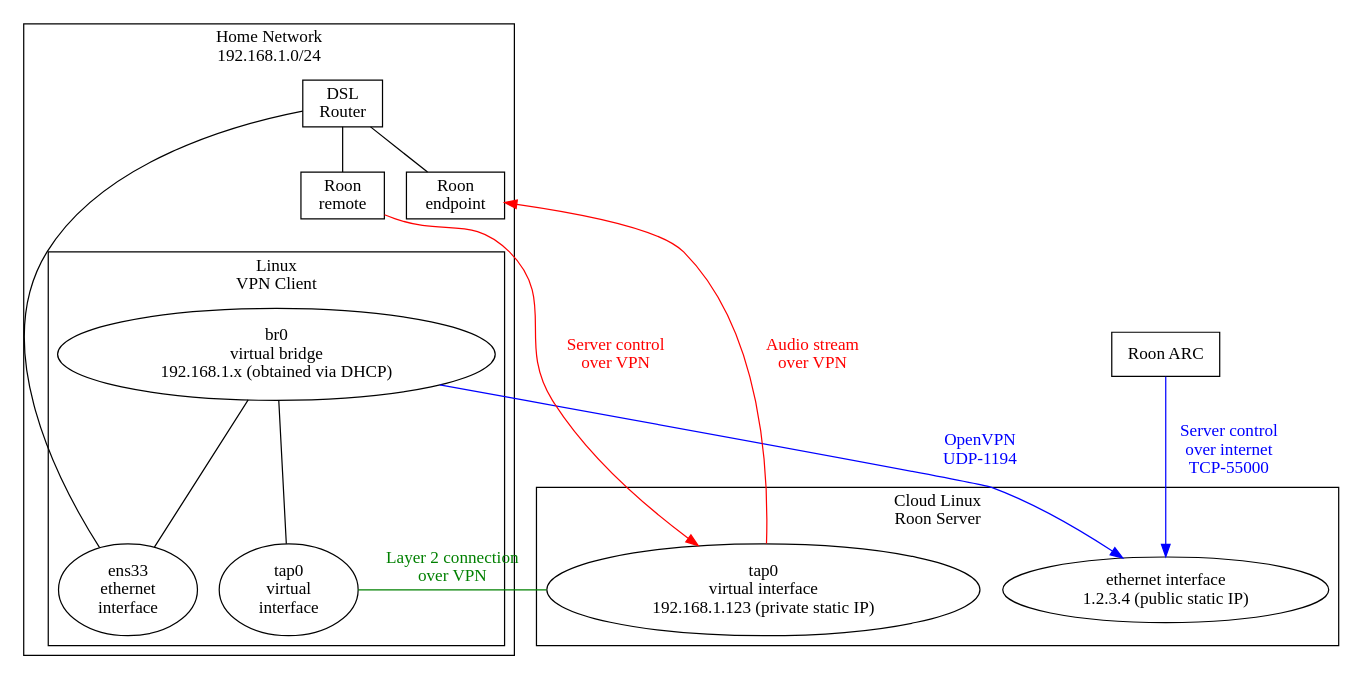
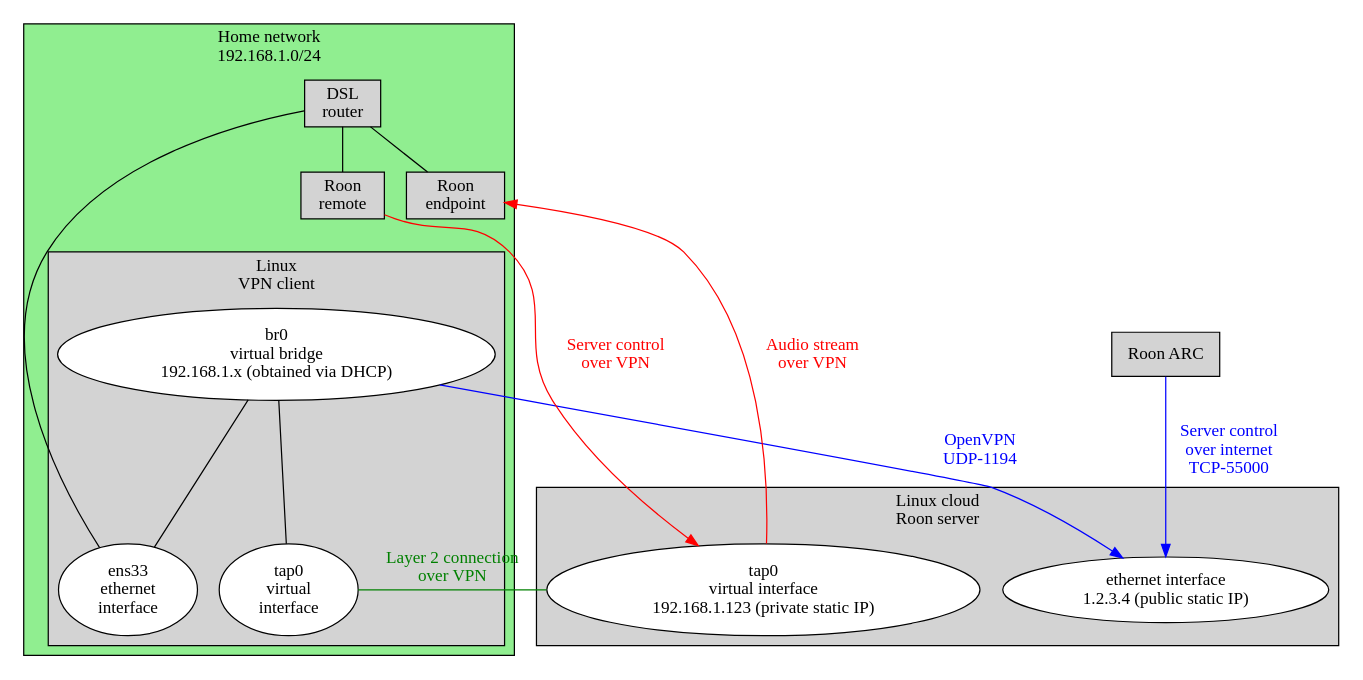
One commit to drsound/roon-cloud-setup changed the diagram in network_diagram.dot. Above: the diagram before and after it, drawn with Graphviz.

```diff
--- a/network_diagram.dot
+++ b/network_diagram.dot
@@ -1,45 +1,48 @@
 digraph network {
     node[shape = box]
     edge[dir = none]
 
     subgraph cluster_home {
-        label = "Home Network\n192.168.1.0/24"
+        label = "Home network\n192.168.1.0/24"
+        bgcolor="lightgreen"
 
         subgraph cluster_client {
-            label = "Linux\nVPN Client"
-            br0[label = "br0\nvirtual bridge\n192.168.1.x (obtained via DHCP)", shape = ellipse]
-            c_eth[label = "ens33\nethernet\ninterface", shape = ellipse]
-            c_tap0[label = "tap0\nvirtual\ninterface", shape = ellipse]
+            label = "Linux\nVPN client"
+            bgcolor="lightgrey"
+            br0[label = "br0\nvirtual bridge\n192.168.1.x (obtained via DHCP)", shape = ellipse, style = filled, fillcolor="white"]
+            c_eth[label = "ens33\nethernet\ninterface", shape = ellipse, style = filled, fillcolor="white"]
+            c_tap0[label = "tap0\nvirtual\ninterface", shape = ellipse, style = filled, fillcolor="white"]
 
 
             br0 -> c_eth
             br0 -> c_tap0
         }
 
         {
-            router[label = "DSL\nRouter"]
+            router[label = "DSL\nrouter", style = filled, fillcolor="lightgrey"]
             rank = min
         }
 
-        roon_endpoint[label = "Roon\nendpoint"]
-        root_remote[label = "Roon\nremote"]
+        roon_endpoint[label = "Roon\nendpoint", style = filled, fillcolor="lightgrey"]
+        root_remote[label = "Roon\nremote", style = filled, fillcolor="lightgrey"]
 
         c_eth -> router
         roon_endpoint -> router
         root_remote -> router
     }
 
     subgraph cluster_server {
-        label = "Cloud Linux\nRoon Server"
-        s_eth[label = "ethernet interface\n1.2.3.4 (public static IP)", shape = ellipse]
-        s_tap0[label = "tap0\nvirtual interface\n192.168.1.123 (private static IP)", shape = ellipse]
+        label = "Linux cloud\nRoon server"
+        bgcolor="lightgrey"
+        s_eth[label = "ethernet interface\n1.2.3.4 (public static IP)", shape = ellipse, style = filled, fillcolor="white"]
+        s_tap0[label = "tap0\nvirtual interface\n192.168.1.123 (private static IP)", shape = ellipse, style = filled, fillcolor="white"]
     }
 
-    roon_arc[label = "Roon ARC"]
+    roon_arc[label = "Roon ARC", style = filled, fillcolor="lightgrey"]
 
     c_tap0 -> s_tap0[label = "Layer 2 connection\nover VPN", color = green, fontcolor = green]
     br0 -> s_eth[label = "OpenVPN\nUDP-1194", dir = forward, color = blue, fontcolor = blue]
     root_remote -> s_tap0[label = "Server control\nover VPN", dir = forward, color = red, fontcolor = red]
     s_tap0 -> roon_endpoint[label = "Audio stream\nover VPN", dir = forward, color = red, fontcolor = red]
     roon_arc -> s_eth[label = "Server control\n\over internet\nTCP-55000", dir = forward, color = blue, fontcolor = blue]
 }
```
